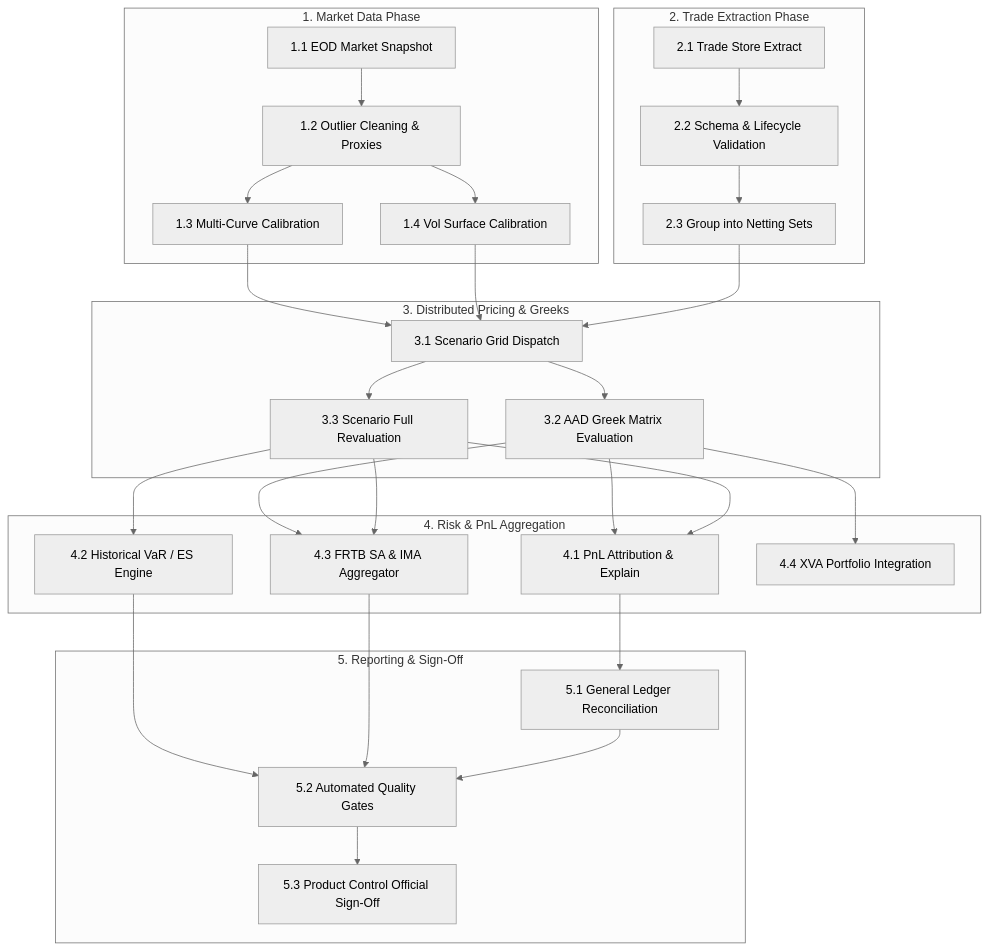
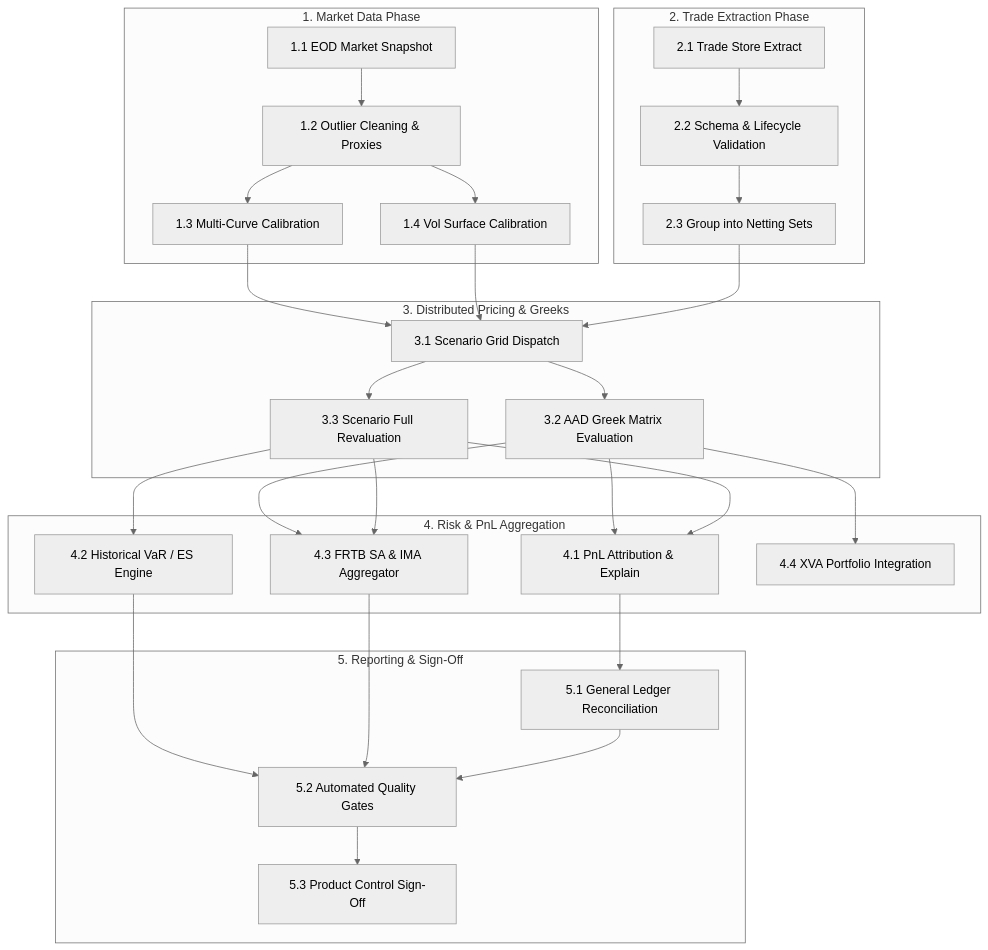
The second of 3 diagrams in 18-Pricing-and-Risk-Systems/13-EOD-Risk-Batch.md (shreejitverma/The-Quant-Prep), drawn with Mermaid (neutral theme) before and after one commit. The commit also changed other lines of this file and 25 other files, not shown here.

````diff
--- a/18-Pricing-and-Risk-Systems/13-EOD-Risk-Batch.md
+++ b/18-Pricing-and-Risk-Systems/13-EOD-Risk-Batch.md
@@ -65,61 +67,61 @@
 ```mermaid
 flowchart TB
     subgraph MarketPhase["1. Market Data Phase"]
-        Snap[1.1 EOD Market Snapshot]
-        Clean[1.2 Outlier Cleaning & Proxies]
-        CurveCalib[1.3 Multi-Curve Calibration]
-        VolCalib[1.4 Vol Surface Calibration]
+        Snap["1.1 EOD Market Snapshot"]
+        Clean["1.2 Outlier Cleaning & Proxies"]
+        CurveCalib["1.3 Multi-Curve Calibration"]
+        VolCalib["1.4 Vol Surface Calibration"]
     end
 
     subgraph TradePhase["2. Trade Extraction Phase"]
-        TradeExtract[2.1 Trade Store Extract]
-        TradeValidate[2.2 Schema & Lifecycle Validation]
-        NettingGroup[2.3 Group into Netting Sets]
+        TradeExtract["2.1 Trade Store Extract"]
+        TradeValidate["2.2 Schema & Lifecycle Validation"]
+        NettingGroup["2.3 Group into Netting Sets"]
     end
 
     subgraph PricingPhase["3. Distributed Pricing & Greeks"]
-        GridDispatch[3.1 Scenario Grid Dispatch]
-        GreeksCalc[3.2 AAD Greek Matrix Evaluation]
-        FullReval[3.3 Scenario Full Revaluation]
+        GridDispatch["3.1 Scenario Grid Dispatch"]
+        GreeksCalc["3.2 AAD Greek Matrix Evaluation"]
+        FullReval["3.3 Scenario Full Revaluation"]
     end
 
     subgraph RiskAggregation["4. Risk & PnL Aggregation"]
-        PnLExplain[4.1 PnL Attribution & Explain]
-        VaRCalc[4.2 Historical VaR / ES Engine]
-        FRTBAgg[4.3 FRTB SA & IMA Aggregator]
-        XVAEngine[4.4 XVA Portfolio Integration]
+        PnLExplain["4.1 PnL Attribution & Explain"]
+        VaRCalc["4.2 Historical VaR / ES Engine"]
+        FRTBAgg["4.3 FRTB SA & IMA Aggregator"]
+        XVAEngine["4.4 XVA Portfolio Integration"]
     end
 
     subgraph SignoffPhase["5. Reporting & Sign-Off"]
-        ReconGL[5.1 General Ledger Reconciliation]
-        QualityGates[5.2 Automated Quality Gates]
-        PCSignoff[5.3 Product Control Official Sign-Off]
+        ReconGL["5.1 General Ledger Reconciliation"]
+        QualityGates["5.2 Automated Quality Gates"]
+        PCSignoff["5.3 Product Control Sign-Off"]
     end
 
     Snap --> Clean
     Clean --> CurveCalib
     Clean --> VolCalib
 
     TradeExtract --> TradeValidate
     TradeValidate --> NettingGroup
 
     CurveCalib --> GridDispatch
     VolCalib --> GridDispatch
     NettingGroup --> GridDispatch
 
     GridDispatch --> GreeksCalc
     GridDispatch --> FullReval
 
     GreeksCalc --> PnLExplain
     FullReval --> PnLExplain
     FullReval --> VaRCalc
     GreeksCalc --> FRTBAgg
     FullReval --> FRTBAgg
     GreeksCalc --> XVAEngine
 
     PnLExplain --> ReconGL
     VaRCalc --> QualityGates
     FRTBAgg --> QualityGates
     ReconGL --> QualityGates
     QualityGates --> PCSignoff
 ```
````
